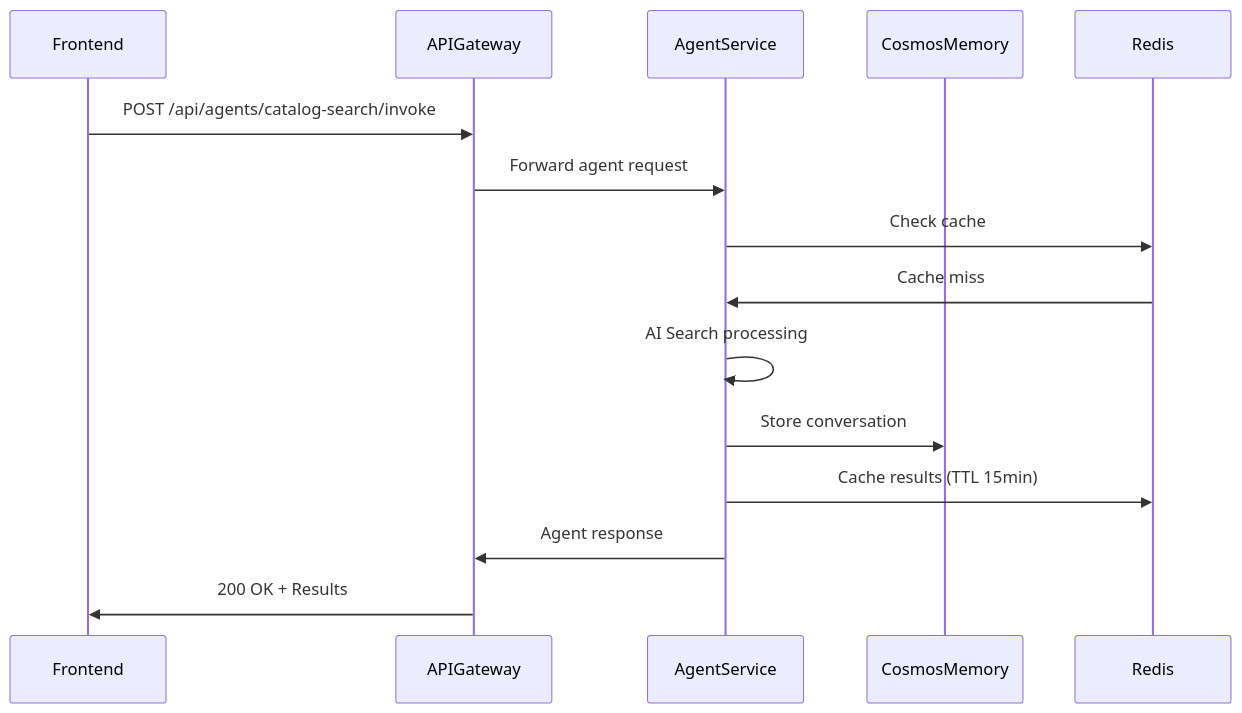
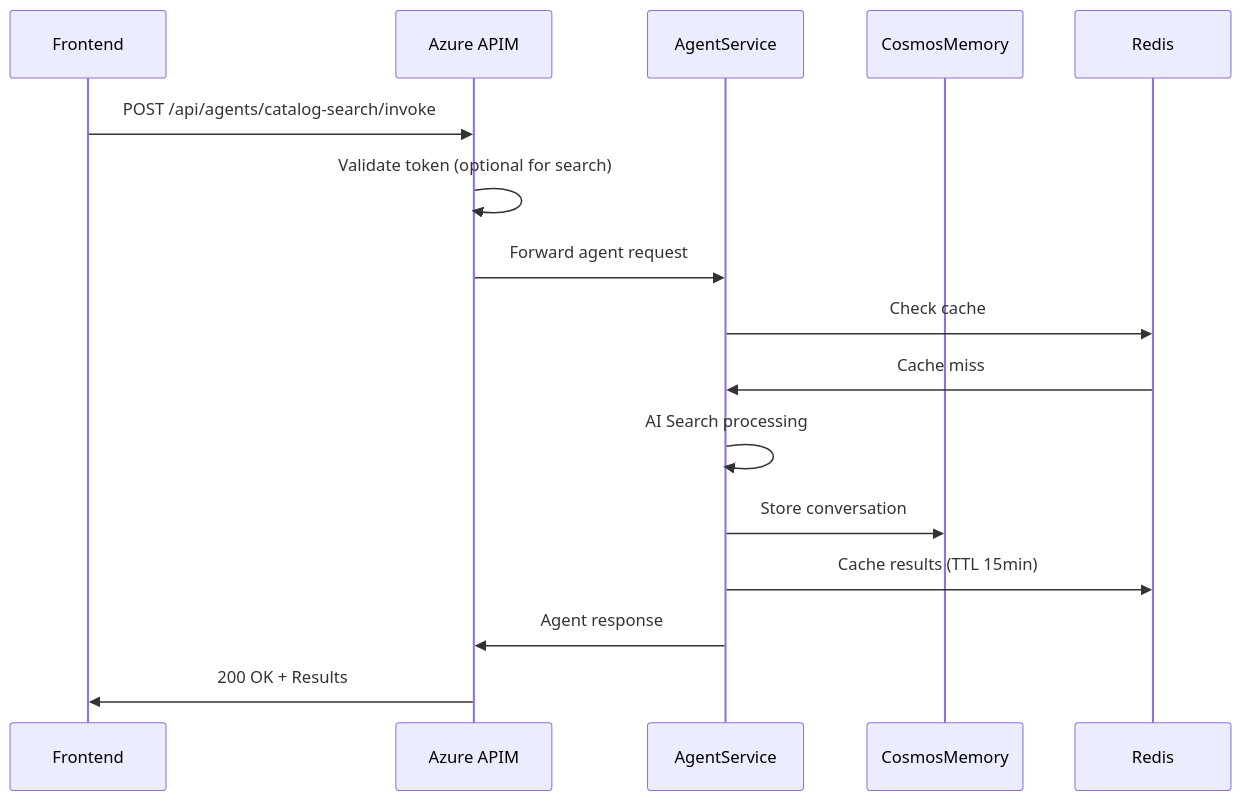
Before and after one commit to Azure-Samples/holiday-peak-hub: the eighth of 13 diagrams in docs/backend_plan.md, drawn with Mermaid. The commit also changed other lines of this file and 4 other files, not shown here.

````diff
--- a/docs/backend_plan.md
+++ b/docs/backend_plan.md
@@ -1640,18 +2305,19 @@
 ```mermaid
 sequenceDiagram
     participant Frontend
-    participant APIGateway
+    participant APIM as Azure APIM
     participant AgentService
     participant CosmosMemory
     participant Redis
     
-    Frontend->>APIGateway: POST /api/agents/catalog-search/invoke
-    APIGateway->>AgentService: Forward agent request
+    Frontend->>APIM: POST /api/agents/catalog-search/invoke
+    APIM->>APIM: Validate token (optional for search)
+    APIM->>AgentService: Forward agent request
     AgentService->>Redis: Check cache
     Redis->>AgentService: Cache miss
     AgentService->>AgentService: AI Search processing
     AgentService->>CosmosMemory: Store conversation
     AgentService->>Redis: Cache results (TTL 15min)
-    AgentService->>APIGateway: Agent response
-    APIGateway->>Frontend: 200 OK + Results
+    AgentService->>APIM: Agent response
+    APIM->>Frontend: 200 OK + Results
 ```
````
